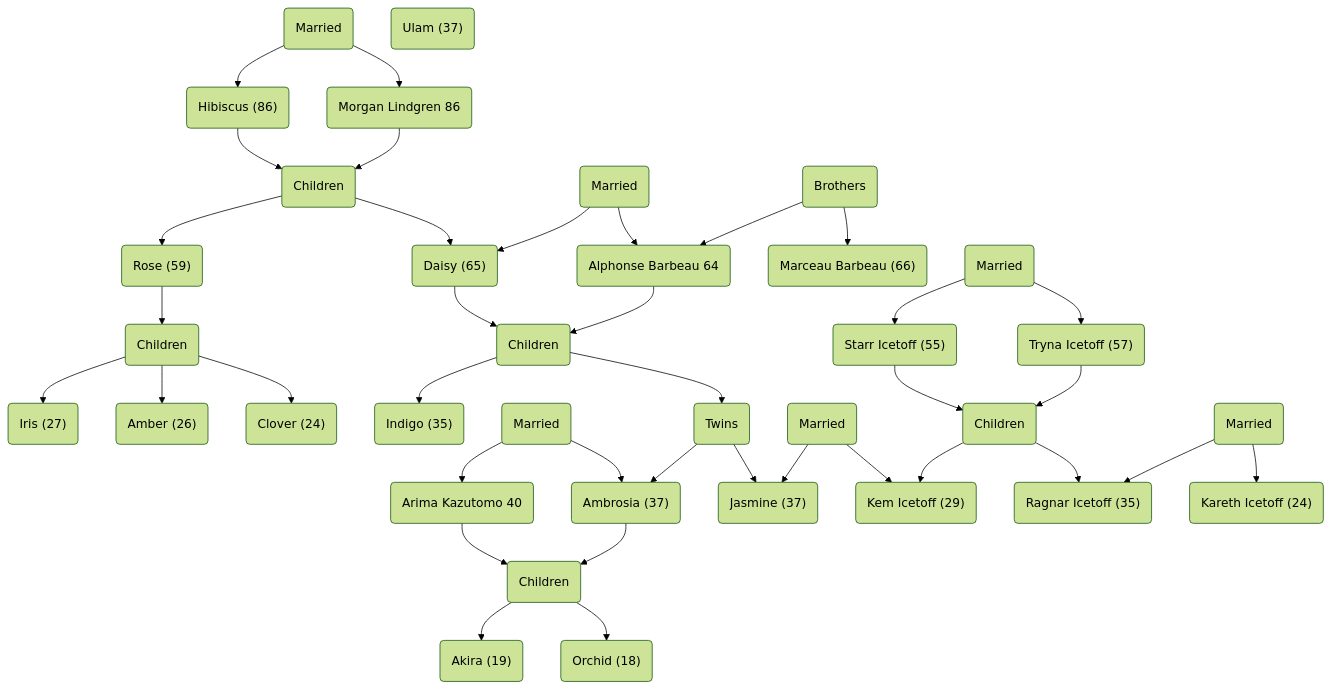
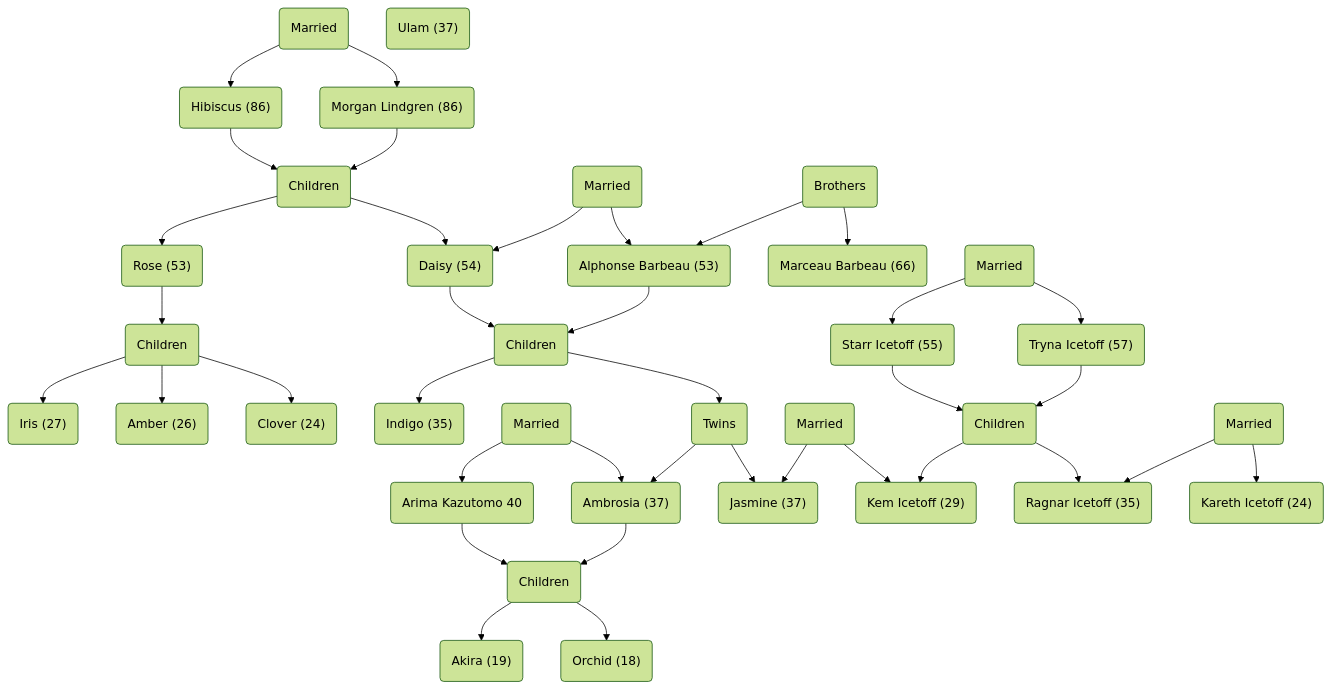
Before and after one commit to Rangoric/BattleTech-Campaign: the diagram in Cast of Characters.md, drawn with Mermaid (forest theme).

Commit message:
Update Cast of Characters.md

````diff
--- a/Cast of Characters.md
+++ b/Cast of Characters.md
@@ -3,53 +3,53 @@
 ```mermaid
 flowchart
   Hibiscus("Hibiscus (86)")
-  Morgan("Morgan Lindgren 86")
-  Alphonse("Alphonse Barbeau 64")
-  Daisy("Daisy (65)")
+  Morgan("Morgan Lindgren (86)")
+  Alphonse("Alphonse Barbeau (53)")
+  Daisy("Daisy (54)")
   Indigo("Indigo (35)")
   Ambrosia("Ambrosia (37)")
   Arima("Arima Kazutomo 40")
   Iris("Iris (27)")
   Amber("Amber (26)")
   Clover("Clover (24)")
   Marceau("Marceau Barbeau (66)")
   Jasmine("Jasmine (37)")
   Kem("Kem Icetoff (29)")
   Starr("Starr Icetoff (55)")
   Tryna("Tryna Icetoff (57)")
   Ragnar("Ragnar Icetoff (35)")
-  Rose("Rose (59)")
+  Rose("Rose (53)")
   Kareth("Kareth Icetoff (24)")
   hmMarried("Married")
   hmChildren("Children")
   daMarried("Married")
   daChildren("Children")
   aaMarried("Married")
   aaChildren("Children")
   rChildren("Children")
   amBrothers("Brothers")
   stMarried("Married")
   stChildren("Children")
   jkMarried("Married")
   Twins("Twins")
   rkMarried("Married")
   hmMarried --> Hibiscus --> hmChildren --> Rose --> rChildren --> Iris
   hmMarried --> Morgan --> hmChildren --> Daisy --> daChildren --> Indigo
   daMarried --> Daisy
   daMarried --> Alphonse --> daChildren --> Twins --> Ambrosia --> aaChildren --> Akira("Akira (19)")
   rChildren --> Amber
   rChildren --> Clover
   Twins --> Jasmine
   aaMarried --> Arima
   aaMarried --> Ambrosia
   jkMarried --> Jasmine
   jkMarried --> Kem
   Arima --> aaChildren --> Orchid("Orchid (18)")
   stMarried --> Starr --> stChildren --> Kem
   stMarried --> Tryna --> stChildren --> Ragnar
   amBrothers --> Alphonse
   amBrothers --> Marceau
   rkMarried --> Ragnar
   rkMarried --> Kareth
   Ulam("Ulam (37)")
 ```
````
